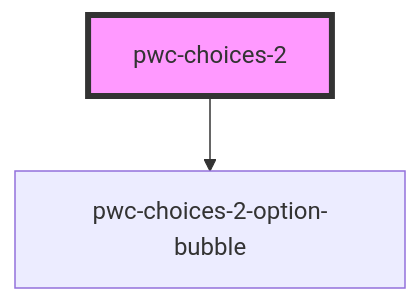
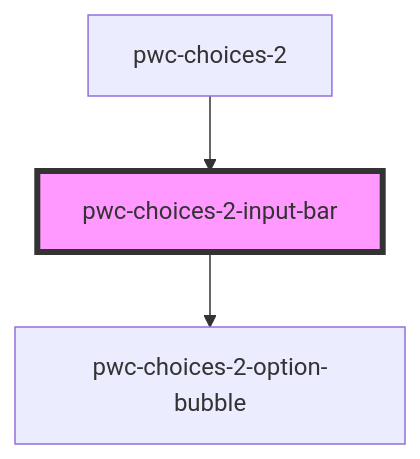
One commit to Paraboly/pwc-choices changed the diagram in src/components/pwc-choices-2-input-bar/readme.md. Above: the diagram before and after it, drawn with Mermaid. The commit also changed other lines of this file and 4 other files, not shown here.

````diff
--- a/src/components/pwc-choices-2-input-bar/readme.md
+++ b/src/components/pwc-choices-2-input-bar/readme.md
@@ -39,5 +35,6 @@
 ```mermaid
 graph TD;
-  pwc-choices-2 --> pwc-choices-2-option-bubble
-  style pwc-choices-2 fill:#f9f,stroke:#333,stroke-width:4px
+  pwc-choices-2-input-bar --> pwc-choices-2-option-bubble
+  pwc-choices-2 --> pwc-choices-2-input-bar
+  style pwc-choices-2-input-bar fill:#f9f,stroke:#333,stroke-width:4px
 ```
````
